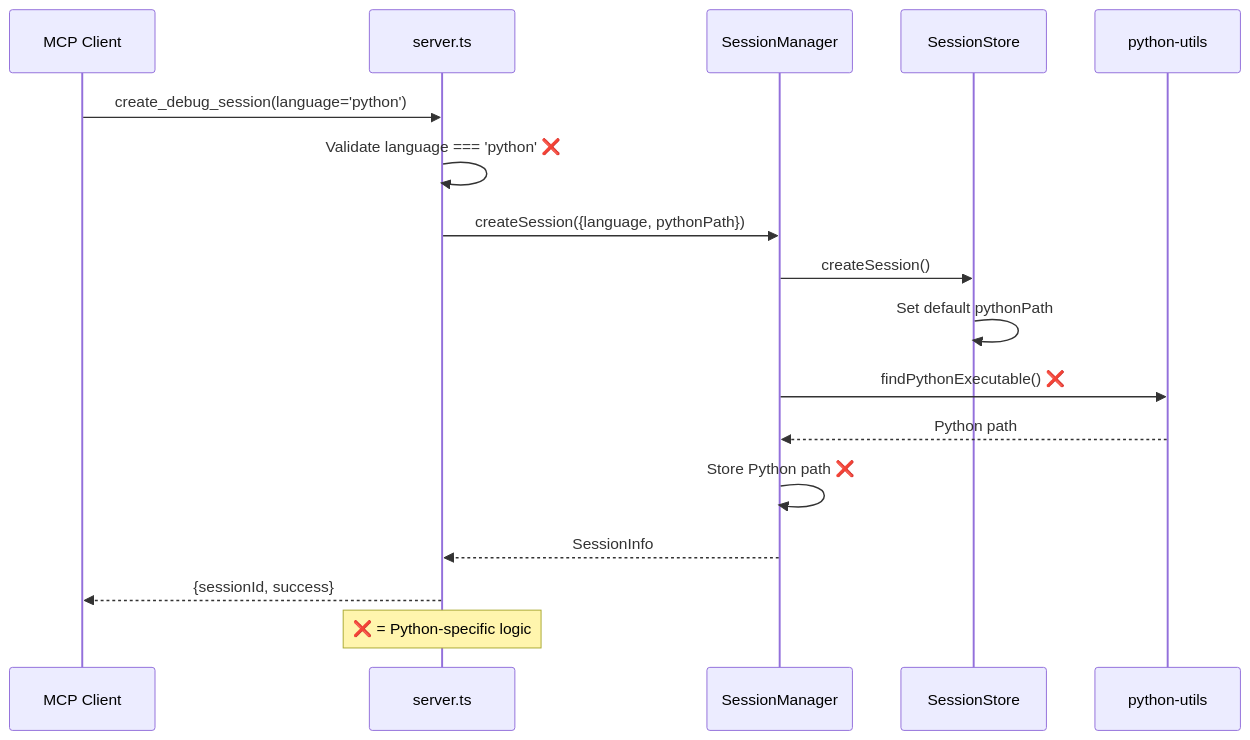
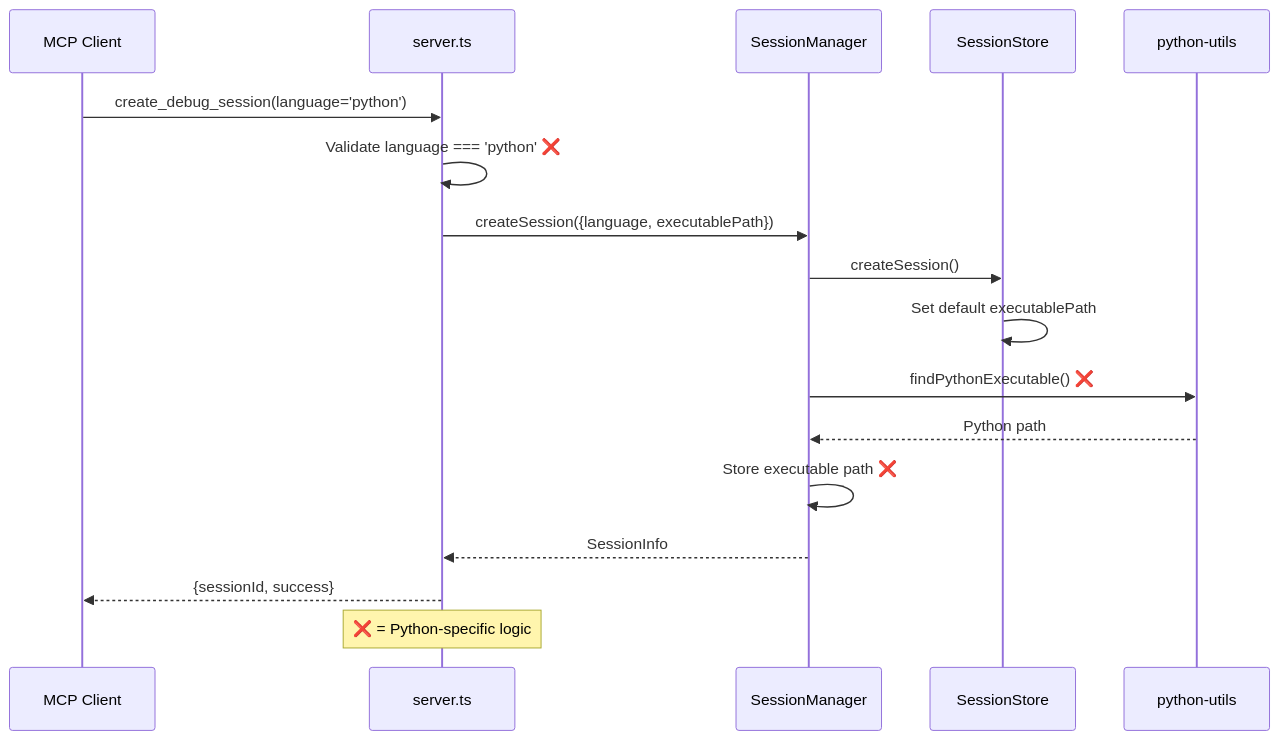
Before and after one commit to debugmcp/mcp-debugger: the second of 7 diagrams in docs/architecture/current-component-diagram.md, drawn with Mermaid. The commit also changed other lines of this file and 10 other files, not shown here.

First line of the commit message:
docs: Update all documentation to use executablePath instead of pythonPath

````diff
--- a/docs/architecture/current-component-diagram.md
+++ b/docs/architecture/current-component-diagram.md
@@ -41,21 +41,21 @@
 ```mermaid
 sequenceDiagram
     participant C as MCP Client
     participant S as server.ts
     participant SM as SessionManager
     participant SS as SessionStore
     participant PU as python-utils
     
     C->>S: create_debug_session(language='python')
     S->>S: Validate language === 'python' ❌
-    S->>SM: createSession({language, pythonPath})
+    S->>SM: createSession({language, executablePath})
     SM->>SS: createSession()
-    SS->>SS: Set default pythonPath
+    SS->>SS: Set default executablePath
     SM->>PU: findPythonExecutable() ❌
     PU-->>SM: Python path
-    SM->>SM: Store Python path ❌
+    SM->>SM: Store executable path ❌
     SM-->>S: SessionInfo
     S-->>C: {sessionId, success}
     
     Note over S: ❌ = Python-specific logic
 ```
````
